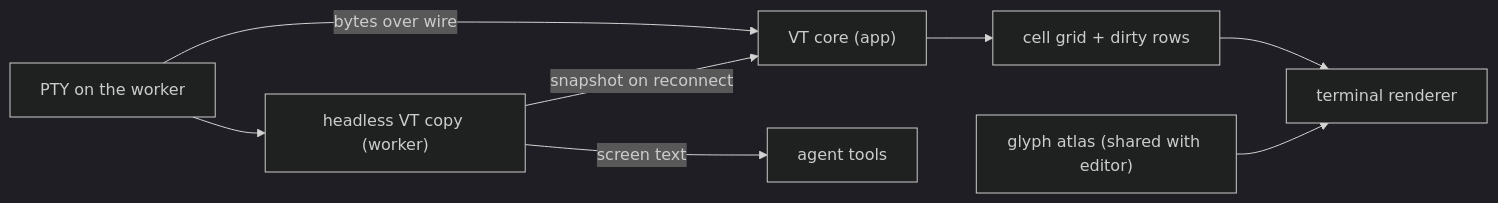
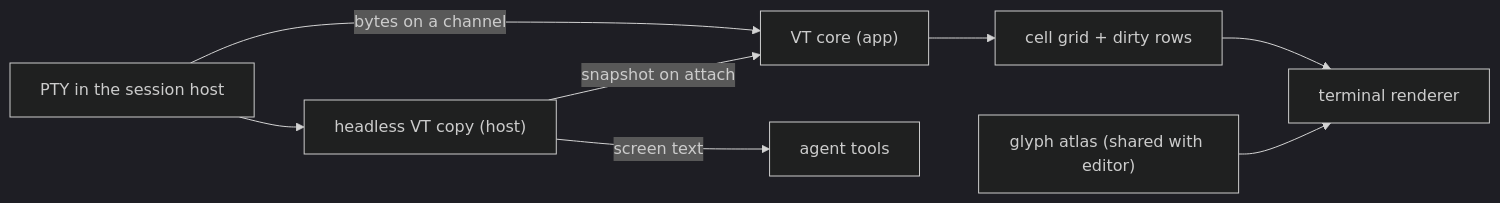
Before and after one commit to liamg/oriel: the diagram in _design/ide.md, drawn with Mermaid (dark theme). The commit also changed other lines of this file and 339 other files, not shown here.

First line of the commit message:
refactor: remove workers: one Oriel, its session host in process

````diff
--- a/_design/ide.md
+++ b/_design/ide.md
@@ -389,10 +389,10 @@
 ```mermaid
 flowchart LR
-  PTY["PTY on the worker"] --> HV["headless VT copy (worker)"]
-  PTY -- "bytes over wire" --> AV["VT core (app)"]
+  PTY["PTY in the session host"] --> HV["headless VT copy (host)"]
+  PTY -- "bytes on a channel" --> AV["VT core (app)"]
   AV --> Grid["cell grid + dirty rows"]
   Grid --> R["terminal renderer"]
   Atlas["glyph atlas (shared with editor)"] --> R
-  HV -- "snapshot on reconnect" --> AV
+  HV -- "snapshot on attach" --> AV
   HV -- "screen text" --> Agent["agent tools"]
 ```
````
